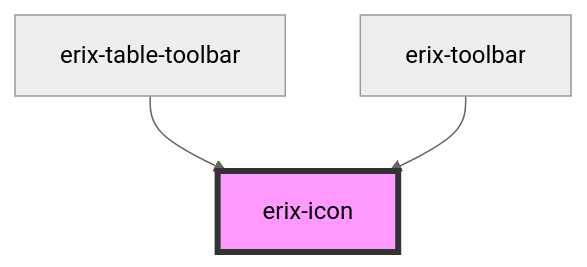
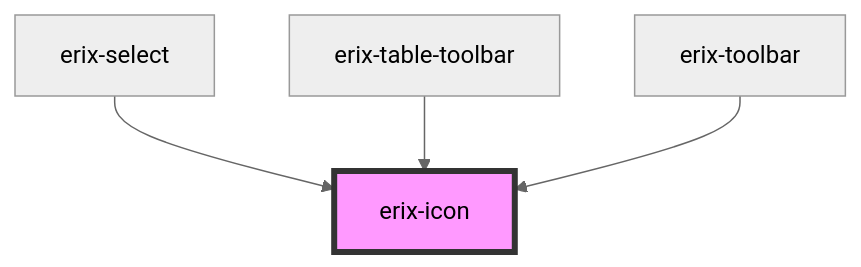
The diagram in src/components/ui/erix-icon/readme.md (NopeThisIsShini/erix_editor), drawn with Mermaid (neutral theme) before and after one commit. The commit also changed other lines of this file and 17 other files, not shown here.

````diff
--- a/src/components/ui/erix-icon/readme.md
+++ b/src/components/ui/erix-icon/readme.md
@@ -23,6 +25,7 @@
 ```mermaid
 graph TD;
+  erix-select --> erix-icon
   erix-table-toolbar --> erix-icon
   erix-toolbar --> erix-icon
   style erix-icon fill:#f9f,stroke:#333,stroke-width:4px
 ```
````
